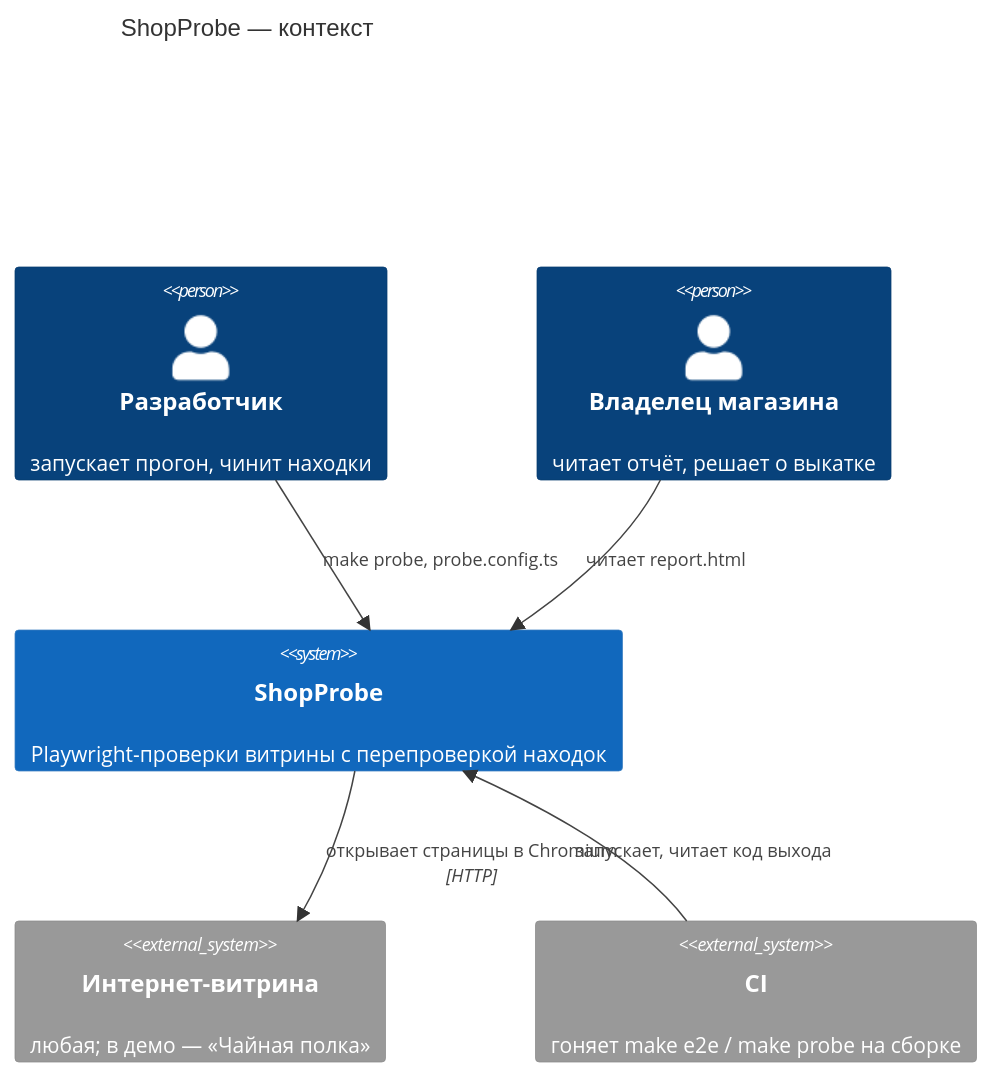
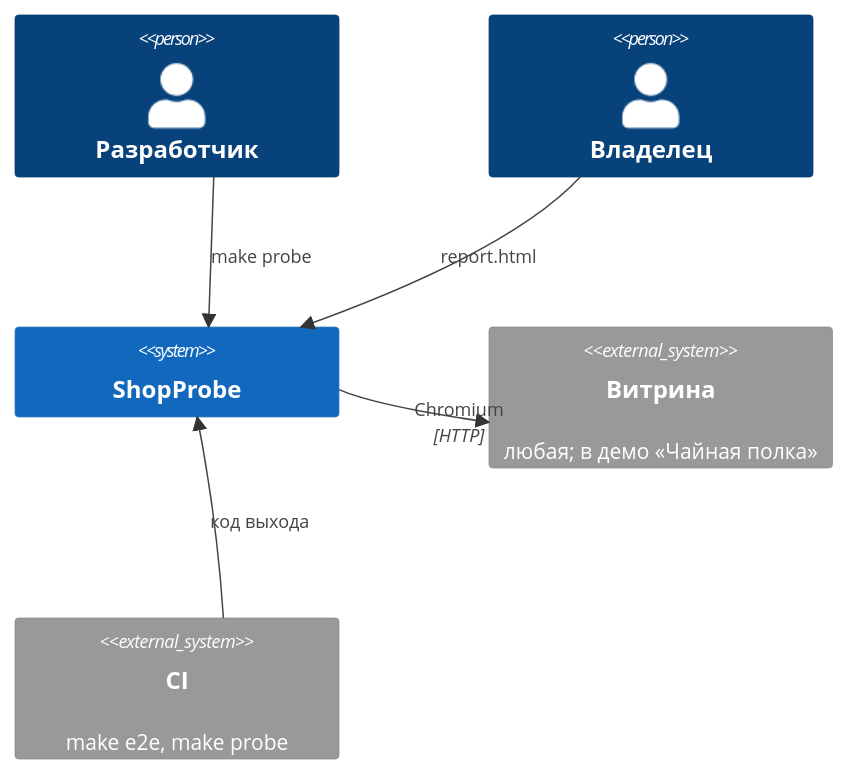
Before and after one commit to Georgy213123/ai-product-engineering: the first of 2 diagrams in projects/02-shopprobe/docs/03-design/architecture.md, drawn with Mermaid. The commit also changed other lines of this file and 17 other files, not shown here.

````diff
--- a/projects/02-shopprobe/docs/03-design/architecture.md
+++ b/projects/02-shopprobe/docs/03-design/architecture.md
@@ -5,13 +5,12 @@
 ```mermaid
 C4Context
-  title ShopProbe — контекст
-  Person(dev, "Разработчик", "запускает прогон, чинит находки")
-  Person(owner, "Владелец магазина", "читает отчёт, решает о выкатке")
-  System(probe, "ShopProbe", "Playwright-проверки витрины с перепроверкой находок")
-  System_Ext(store, "Интернет-витрина", "любая; в демо — «Чайная полка»")
-  System_Ext(ci, "CI", "гоняет make e2e / make probe на сборке")
-  Rel(dev, probe, "make probe, probe.config.ts")
-  Rel(ci, probe, "запускает, читает код выхода")
-  Rel(probe, store, "открывает страницы в Chromium", "HTTP")
-  Rel(owner, probe, "читает report.html")
+  Person(dev, "Разработчик")
+  Person(owner, "Владелец")
+  System(probe, "ShopProbe")
+  System_Ext(store, "Витрина", "любая; в демо «Чайная полка»")
+  System_Ext(ci, "CI", "make e2e, make probe")
+  Rel(dev, probe, "make probe")
+  Rel(ci, probe, "код выхода")
+  Rel(probe, store, "Chromium", "HTTP")
+  Rel(owner, probe, "report.html")
 ```
````
